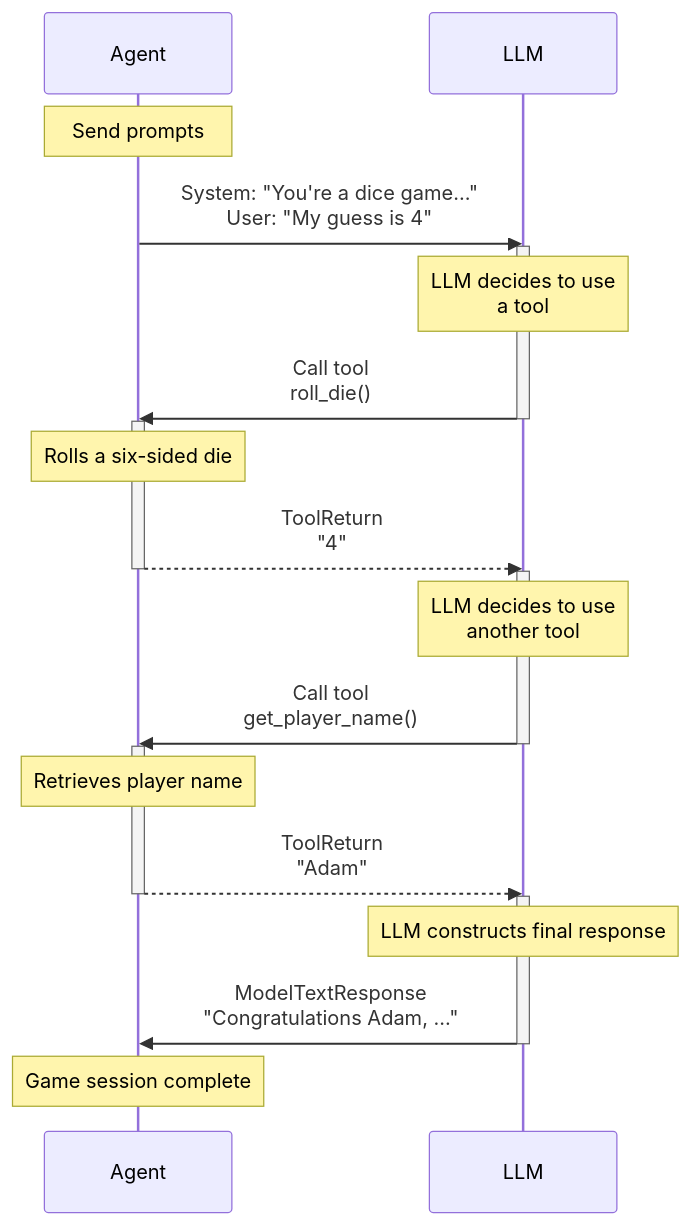
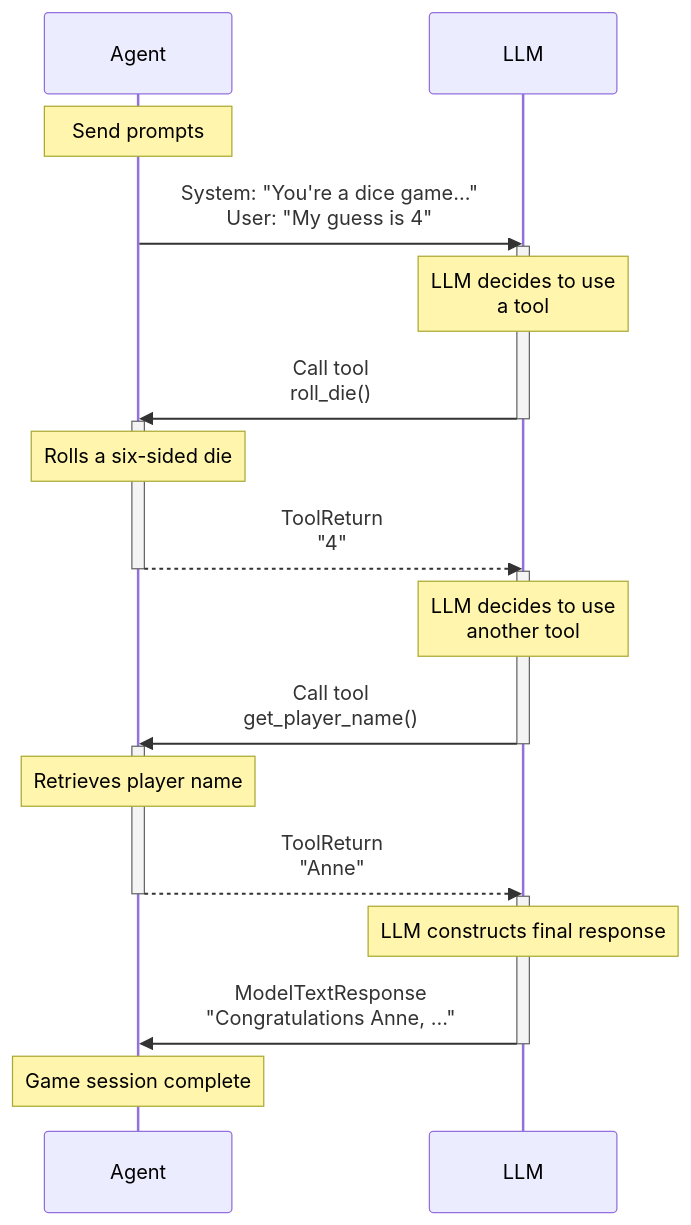
One commit to pydantic/pydantic-ai changed the diagram in docs/agents.md. Above: the diagram before and after it, drawn with Mermaid. The commit also changed other lines of this file and 4 other files, not shown here.

````diff
--- a/docs/agents.md
+++ b/docs/agents.md
@@ -349,33 +350,33 @@
 ```mermaid
 sequenceDiagram
     participant Agent
     participant LLM
 
     Note over Agent: Send prompts
     Agent ->> LLM: System: "You're a dice game..."<br>User: "My guess is 4"
     activate LLM
     Note over LLM: LLM decides to use<br>a tool
 
     LLM ->> Agent: Call tool<br>roll_die()
     deactivate LLM
     activate Agent
     Note over Agent: Rolls a six-sided die
 
     Agent -->> LLM: ToolReturn<br>"4"
     deactivate Agent
     activate LLM
     Note over LLM: LLM decides to use<br>another tool
 
     LLM ->> Agent: Call tool<br>get_player_name()
     deactivate LLM
     activate Agent
     Note over Agent: Retrieves player name
-    Agent -->> LLM: ToolReturn<br>"Adam"
+    Agent -->> LLM: ToolReturn<br>"Anne"
     deactivate Agent
     activate LLM
     Note over LLM: LLM constructs final response
 
-    LLM ->> Agent: ModelTextResponse<br>"Congratulations Adam, ..."
+    LLM ->> Agent: ModelTextResponse<br>"Congratulations Anne, ..."
     deactivate LLM
     Note over Agent: Game session complete
 ```
````
